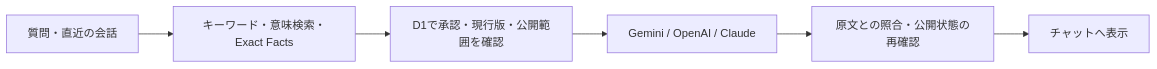
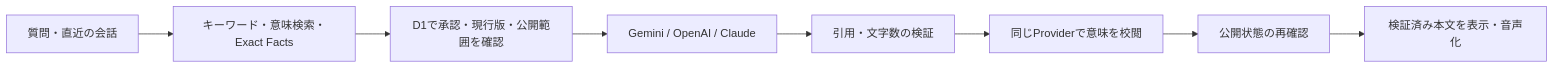
The diagram in README.md (ryoheiwatanabe/ai-mendan-kun), drawn with Mermaid before and after one commit. The commit also changed other lines of this file and 35 other files, not shown here.

````diff
--- a/README.md
+++ b/README.md
@@ -28,8 +28,10 @@
 ```mermaid
 flowchart LR
   Q[質問・直近の会話] --> S[キーワード・意味検索・Exact Facts]
   S --> G[D1で承認・現行版・公開範囲を確認]
   G --> A[Gemini / OpenAI / Claude]
-  A --> V[原文との照合・公開状態の再確認]
-  V --> C[チャットへ表示]
+  A --> V[引用・文字数の検証]
+  V --> R[同じProviderで意味を校閲]
+  R --> P[公開状態の再確認]
+  P --> C[検証済み本文を表示・音声化]
 ```
````
